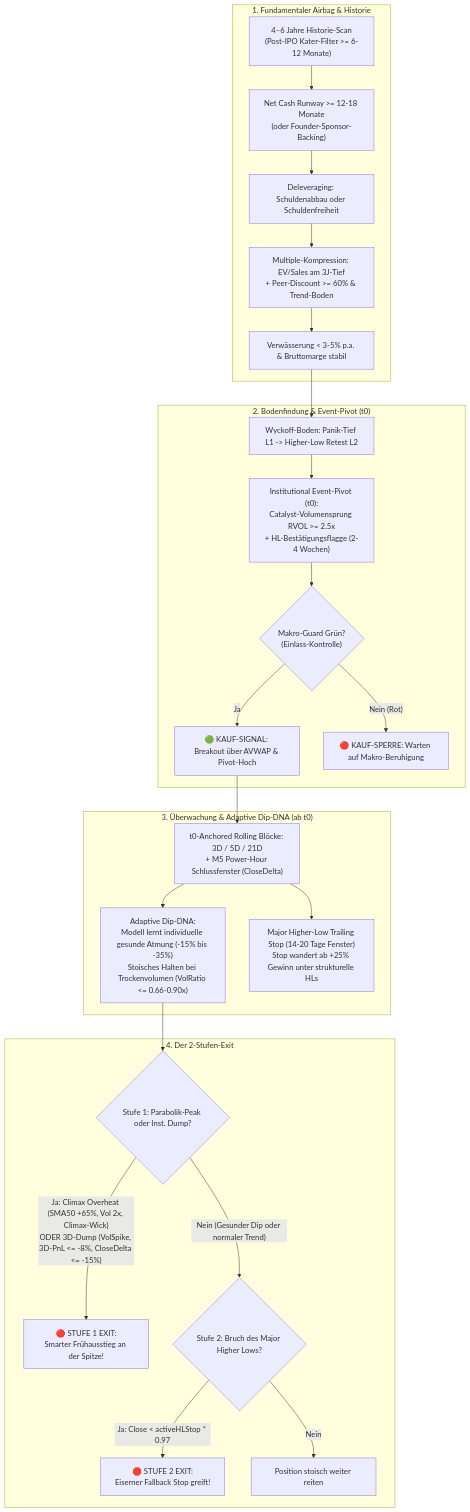
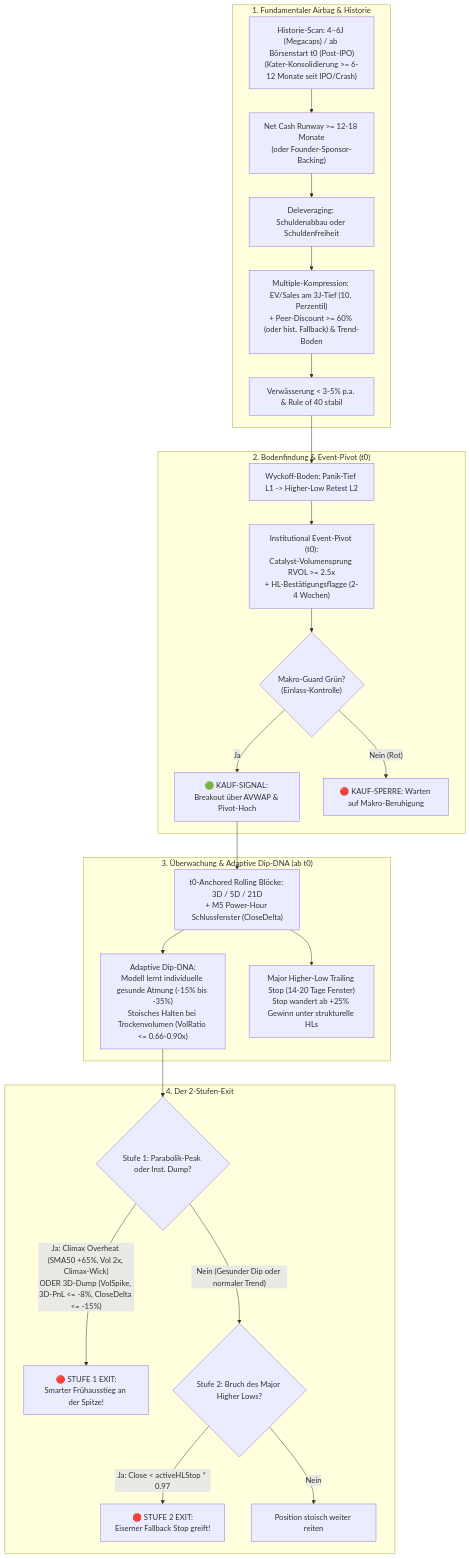
The first of 2 diagrams in docs/architecture/strategies/kamikaze/02-Turnaround-Framework.md (jahnhane1980/CrashRadar), drawn with Mermaid before and after one commit. The commit also changed other lines of this file, not shown here.

````diff
--- a/docs/architecture/strategies/kamikaze/02-Turnaround-Framework.md
+++ b/docs/architecture/strategies/kamikaze/02-Turnaround-Framework.md
@@ -18,31 +18,31 @@
 ```mermaid
 flowchart TD
     subgraph Gate1 ["1. Fundamentaler Airbag & Historie"]
-        H["4–6 Jahre Historie-Scan\n(Post-IPO Kater-Filter >= 6-12 Monate)"] --> F1["Net Cash Runway >= 12-18 Monate\n(oder Founder-Sponsor-Backing)"]
+        H["Historie-Scan: 4–6J (Megacaps) / ab Börsenstart t0 (Post-IPO)\n(Kater-Konsolidierung >= 6-12 Monate seit IPO/Crash)"] --> F1["Net Cash Runway >= 12-18 Monate\n(oder Founder-Sponsor-Backing)"]
         F1 --> F2["Deleveraging: Schuldenabbau oder Schuldenfreiheit"]
-        F2 --> F3["Multiple-Kompression: EV/Sales am 3J-Tief\n+ Peer-Discount >= 60% & Trend-Boden"]
-        F3 --> F4["Verwässerung < 3-5% p.a. & Bruttomarge stabil"]
+        F2 --> F3["Multiple-Kompression: EV/Sales am 3J-Tief (10. Perzentil)\n+ Peer-Discount >= 60% (oder hist. Fallback) & Trend-Boden"]
+        F3 --> F4["Verwässerung < 3-5% p.a. & Rule of 40 stabil"]
     end
 
     subgraph Gate2 ["2. Bodenfindung & Event-Pivot (t0)"]
         F4 --> W1["Wyckoff-Boden: Panik-Tief L1 -> Higher-Low Retest L2"]
         W1 --> T0["Institutional Event-Pivot (t0):\nCatalyst-Volumensprung RVOL >= 2.5x\n+ HL-Bestätigungsflagge (2-4 Wochen)"]
         T0 --> MG{"Makro-Guard Grün?\n(Einlass-Kontrolle)"}
         MG -- "Ja" --> Buy["🟢 KAUF-SIGNAL: Breakout über AVWAP & Pivot-Hoch"]
         MG -- "Nein (Rot)" --> Block["🔴 KAUF-SPERRE: Warten auf Makro-Beruhigung"]
     end
 
     subgraph Gate3 ["3. Überwachung & Adaptive Dip-DNA (ab t0)"]
         Buy --> RBlocks["t0-Anchored Rolling Blöcke: 3D / 5D / 21D\n+ M5 Power-Hour Schlussfenster (CloseDelta)"]
         RBlocks --> DipLearn["Adaptive Dip-DNA:\nModell lernt individuelle gesunde Atmung (-15% bis -35%)\nStoisches Halten bei Trockenvolumen (VolRatio <= 0.66-0.90x)"]
         RBlocks --> HLStop["Major Higher-Low Trailing Stop (14-20 Tage Fenster)\nStop wandert ab +25% Gewinn unter strukturelle HLs"]
     end
 
     subgraph Gate4 ["4. Der 2-Stufen-Exit"]
         DipLearn --> Stufe1{"Stufe 1: Parabolik-Peak oder Inst. Dump?"}
         Stufe1 -- "Ja: Climax Overheat (SMA50 +65%, Vol 2x, Climax-Wick)\nODER 3D-Dump (VolSpike, 3D-PnL <= -8%, CloseDelta <= -15%)" --> Exit1["🔴 STUFE 1 EXIT:\nSmarter Frühausstieg an der Spitze!"]
         Stufe1 -- "Nein (Gesunder Dip oder normaler Trend)" --> Stufe2{"Stufe 2: Bruch des Major Higher Lows?"}
         Stufe2 -- "Ja: Close < activeHLStop * 0.97" --> Exit2["🛑 STUFE 2 EXIT:\nEiserner Fallback Stop greift!"]
         Stufe2 -- "Nein" --> Hold["Position stoisch weiter reiten"]
     end
 ```
````
